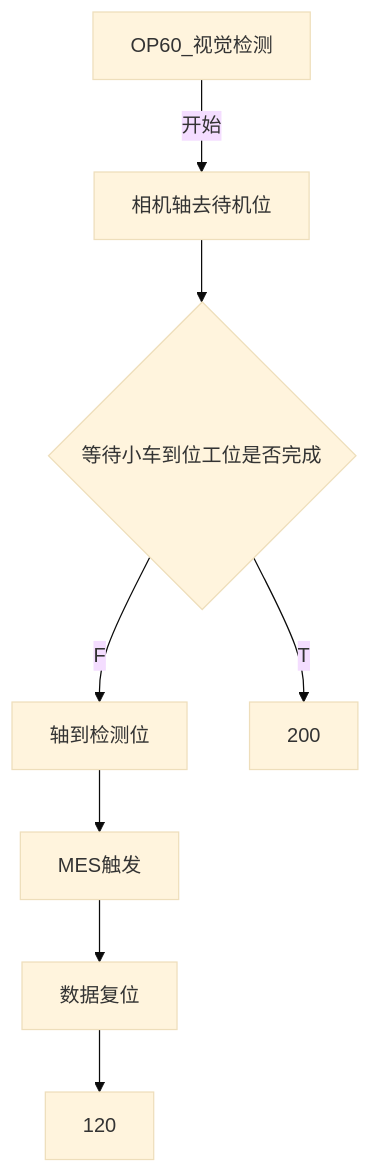
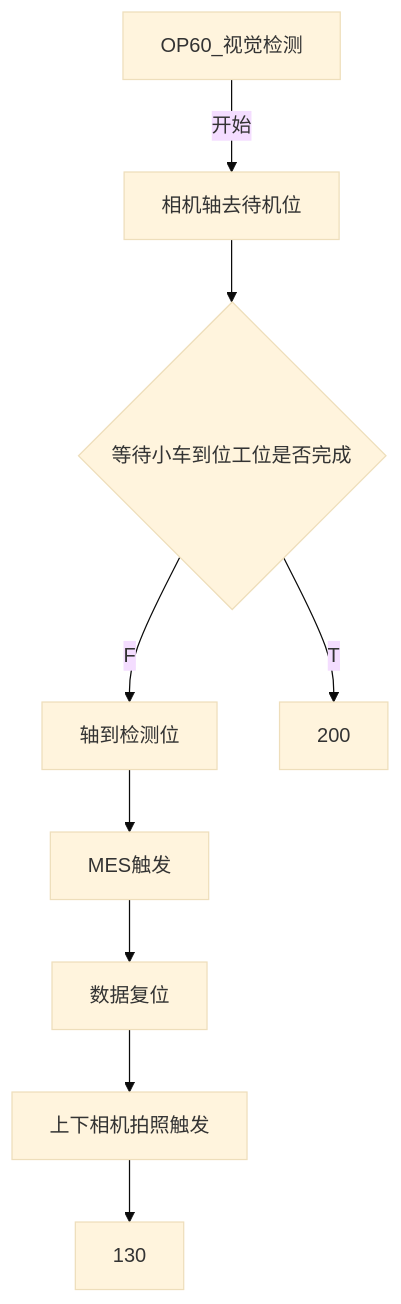
The diagram in all/未命名.md (zmq000/iodraw-files), drawn with Mermaid (base theme) before and after one commit.

Commit message:
2026-06-17 14:30:13 update

````diff
--- a/all/未命名.md
+++ b/all/未命名.md
@@ -1,13 +1,14 @@
 ```mermaid
 graph TD
    0[OP60_视觉检测]-->|开始|10
    10[相机轴去待机位]-->20
    20{等待小车到位工位是否完成}-->|F|100
    20-->|T|200
    100[轴到检测位]-->105
    105[MES触发]-->110
    110[数据复位]-->120
+   120[上下相机拍照触发]-->130
 
 
    
 ```
````
